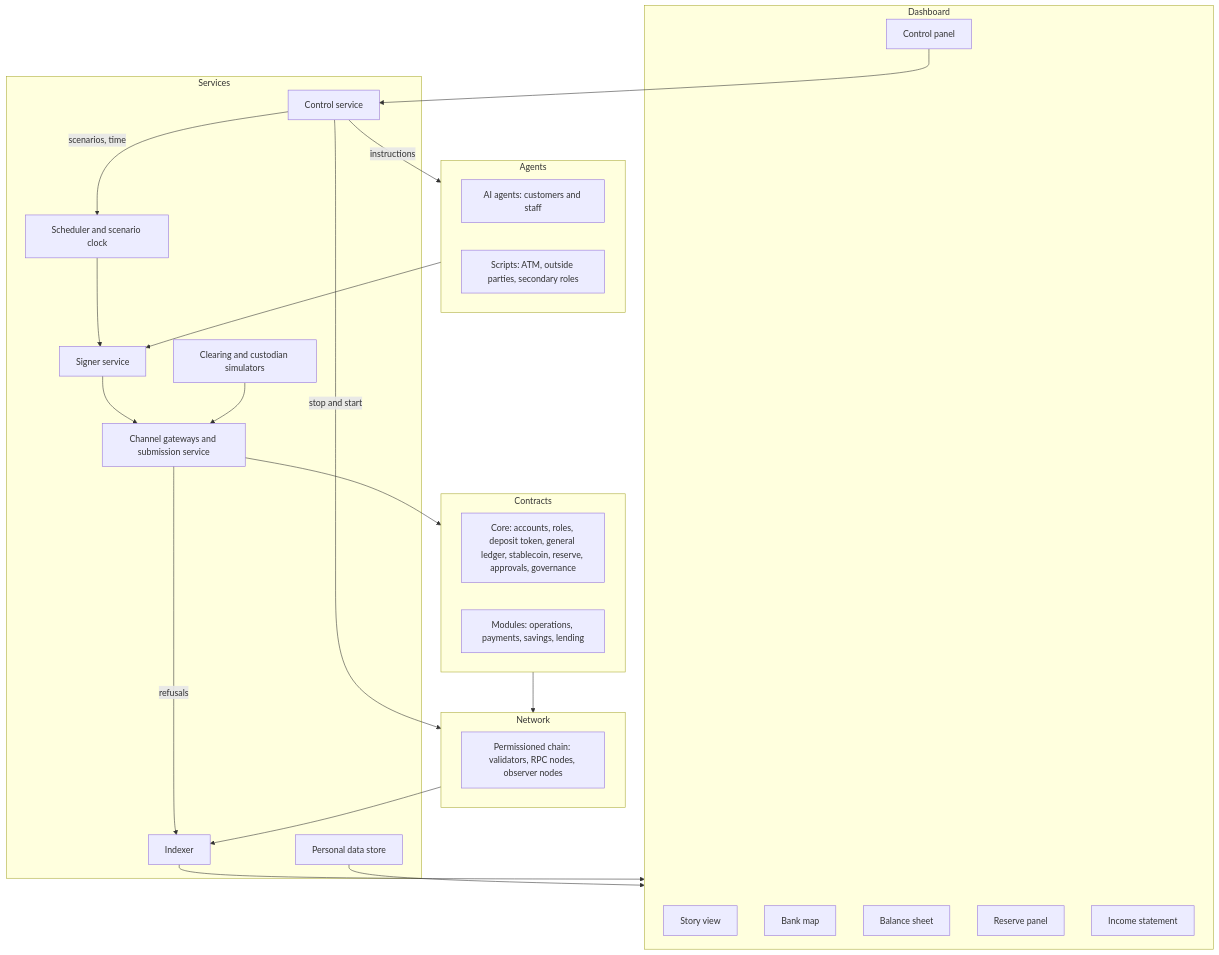
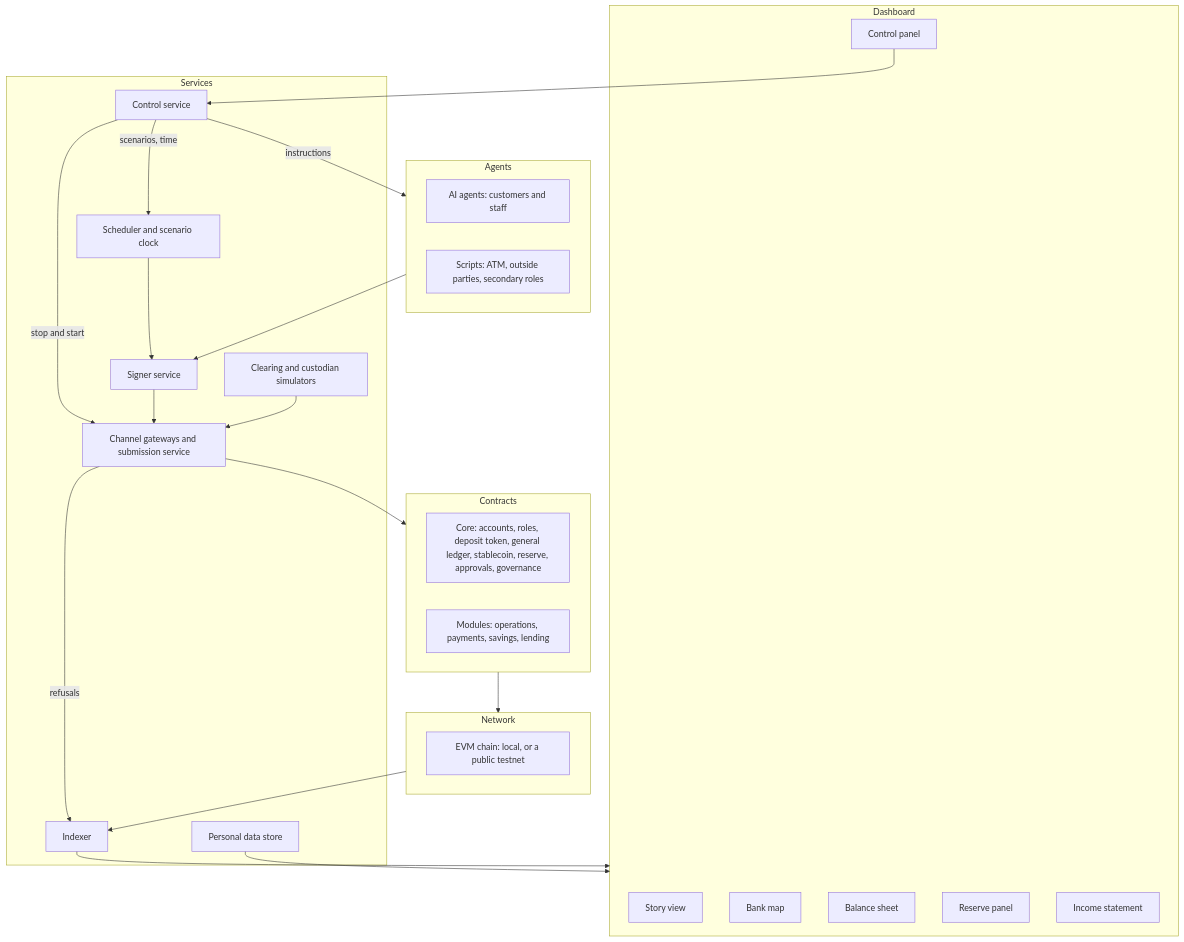
Before and after one commit to williamchong/agents-on-contract-bank: the first of 7 diagrams in docs/architecture.md, drawn with Mermaid. The commit also changed other lines of this file and 6 other files, not shown here.

First line of the commit message:
📝 Run on any EVM chain, with a public testnet deployment

````diff
--- a/docs/architecture.md
+++ b/docs/architecture.md
@@ -15,45 +15,45 @@
 ```mermaid
 flowchart TB
     subgraph L5[Dashboard]
         story[Story view]
         map[Bank map]
         balance[Balance sheet]
         reserve[Reserve panel]
         income[Income statement]
         control[Control panel]
     end
     subgraph L4[Agents]
         ai[AI agents: customers and staff]
         scripts[Scripts: ATM, outside parties, secondary roles]
     end
     subgraph L3[Services]
         signer[Signer service]
         gw[Channel gateways and submission service]
         indexer[Indexer]
         clock[Scheduler and scenario clock]
         ctl[Control service]
         corr[Clearing and custodian simulators]
         pii[Personal data store]
     end
     subgraph L2[Contracts]
         core[Core: accounts, roles, deposit token, general ledger, stablecoin, reserve, approvals, governance]
         modules[Modules: operations, payments, savings, lending]
     end
     subgraph L1[Network]
-        nodes[Permissioned chain: validators, RPC nodes, observer nodes]
+        chain[EVM chain: local, or a public testnet]
     end
     control --> ctl
     ctl -- instructions --> L4
     ctl -- scenarios, time --> clock
-    ctl -- stop and start --> L1
+    ctl -- stop and start --> gw
     L4 --> signer
     clock --> signer
     signer --> gw
     corr --> gw
     gw --> L2
     L2 --> L1
     L1 --> indexer
     gw -- refusals --> indexer
     indexer --> L5
     pii --> L5
 ```
````
